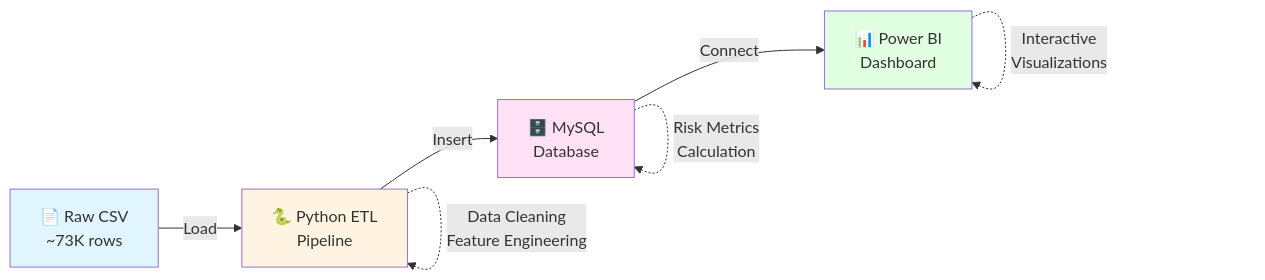
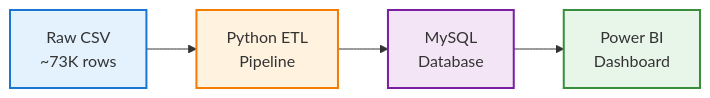
The diagram in README.md (BigBeanTheory/Retails-Sales-Inventory-Analysis), drawn with Mermaid before and after one commit. The commit also changed other lines of this file, not shown here.

Commit message:
Update README with project details and structure

````diff
--- a/README.md
+++ b/README.md
@@ -41,15 +41,11 @@
 ```mermaid
-graph LR
-    A[📄 Raw CSV<br/>~73K rows] -->|Load| B[🐍 Python ETL<br/>Pipeline]
-    B -->|Insert| C[🗄️ MySQL<br/>Database]
-    C -->|Connect| D[📊 Power BI<br/>Dashboard]
+flowchart LR
+    A[Raw CSV<br/>~73K rows] --> B[Python ETL<br/>Pipeline]
+    B --> C[MySQL<br/>Database]
+    C --> D[Power BI<br/>Dashboard]
     
-    B -.->|Data Cleaning<br/>Feature Engineering| B
-    C -.->|Risk Metrics<br/>Calculation| C
-    D -.->|Interactive<br/>Visualizations| D
-    
-    style A fill:#e1f5ff
-    style B fill:#fff4e1
-    style C fill:#ffe1f5
-    style D fill:#e1ffe1
+    style A fill:#e3f2fd,stroke:#1976d2,stroke-width:2px
+    style B fill:#fff3e0,stroke:#f57c00,stroke-width:2px
+    style C fill:#f3e5f5,stroke:#7b1fa2,stroke-width:2px
+    style D fill:#e8f5e9,stroke:#388e3c,stroke-width:2px
 ```
````
